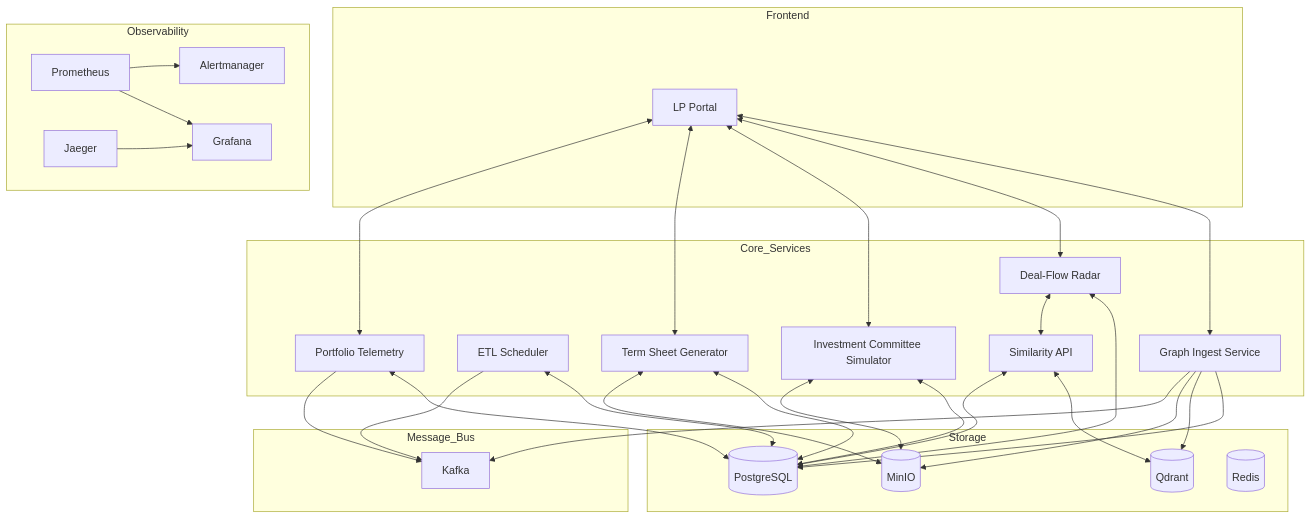
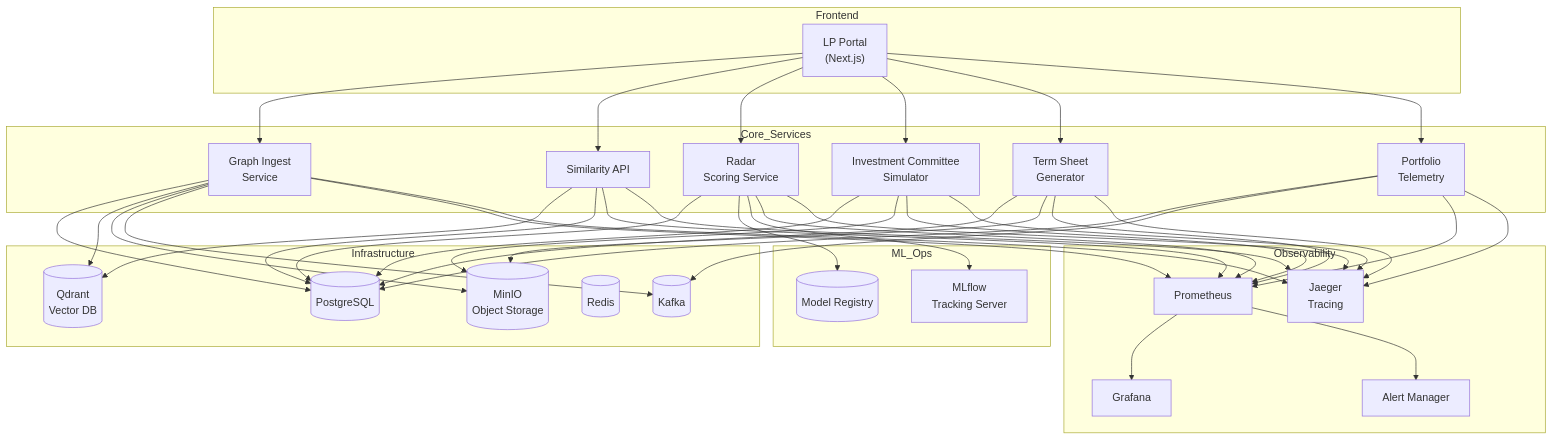
One commit to alywalji7/ai-vc changed the first of 12 diagrams in docs/architecture.md. Above: the diagram before and after it, drawn with Mermaid. The commit also changed other lines of this file and 50 other files, not shown here.

First line of the commit message:
Add documentation server and improve graph data integration process

````diff
--- a/docs/architecture.md
+++ b/docs/architecture.md
@@ -15,67 +9,80 @@
 ```mermaid
-graph TD
+graph TB
     subgraph Frontend
-        LP[LP Portal]
+        LP["LP Portal<br/>(Next.js)"]
     end
     
     subgraph Core_Services
-        GI[Graph Ingest Service]
-        SCH[ETL Scheduler]
-        SIM[Similarity API]
-        RAD[Deal-Flow Radar]
-        IC[Investment Committee Simulator]
-        TS[Term Sheet Generator]
-        TEL[Portfolio Telemetry]
+        GI["Graph Ingest<br/>Service"]
+        SA["Similarity API"]
+        R["Radar<br/>Scoring Service"]
+        ICS["Investment Committee<br/>Simulator"]
+        TSG["Term Sheet<br/>Generator"]
+        PT["Portfolio<br/>Telemetry"]
     end
     
-    subgraph Storage
+    subgraph Infrastructure
         DB[(PostgreSQL)]
-        VEC[(Qdrant)]
-        OBJ[(MinIO)]
-        KV[(Redis)]
+        Vector[(Qdrant<br/>Vector DB)]
+        ObjStore[(MinIO<br/>Object Storage)]
+        Redis[(Redis)]
+        Kafka[(Kafka)]
     end
     
-    subgraph Message_Bus
-        KAF[Kafka]
+    subgraph ML_Ops
+        MLflow["MLflow<br/>Tracking Server"]
+        Models[(Model Registry)]
     end
     
     subgraph Observability
-        PROM[Prometheus]
-        GRAF[Grafana]
-        JAEG[Jaeger]
-        ALRT[Alertmanager]
+        Prometheus["Prometheus"]
+        Grafana["Grafana"]
+        Jaeger["Jaeger<br/>Tracing"]
+        AlertMgr["Alert Manager"]
     end
     
-    LP <--> GI
-    LP <--> RAD
-    LP <--> IC
-    LP <--> TS
-    LP <--> TEL
+    LP --> GI
+    LP --> SA
+    LP --> R
+    LP --> ICS
+    LP --> TSG
+    LP --> PT
     
     GI --> DB
-    GI --> VEC
-    GI --> OBJ
-    GI --> KAF
+    GI --> Vector
+    GI --> ObjStore
+    GI --> Kafka
     
-    SCH <--> DB
-    SCH --> KAF
+    SA --> Vector
+    SA --> DB
     
-    SIM <--> VEC
-    SIM <--> DB
+    R --> DB
+    R --> Models
+    R --> MLflow
     
-    RAD <--> DB
-    RAD <--> SIM
+    ICS --> DB
+    ICS --> ObjStore
     
-    IC <--> DB
-    IC <--> OBJ
+    TSG --> DB
+    TSG --> ObjStore
     
-    TS <--> DB
-    TS <--> OBJ
+    PT --> DB
+    PT --> Kafka
     
-    TEL <--> DB
-    TEL --> KAF
+    R --> Prometheus
+    ICS --> Prometheus
+    TSG --> Prometheus
+    PT --> Prometheus
+    GI --> Prometheus
+    SA --> Prometheus
     
-    PROM --> ALRT
-    PROM --> GRAF
-    JAEG --> GRAF
+    Prometheus --> Grafana
+    Prometheus --> AlertMgr
+    
+    R --> Jaeger
+    ICS --> Jaeger
+    TSG --> Jaeger
+    PT --> Jaeger
+    GI --> Jaeger
+    SA --> Jaeger
 ```
````
